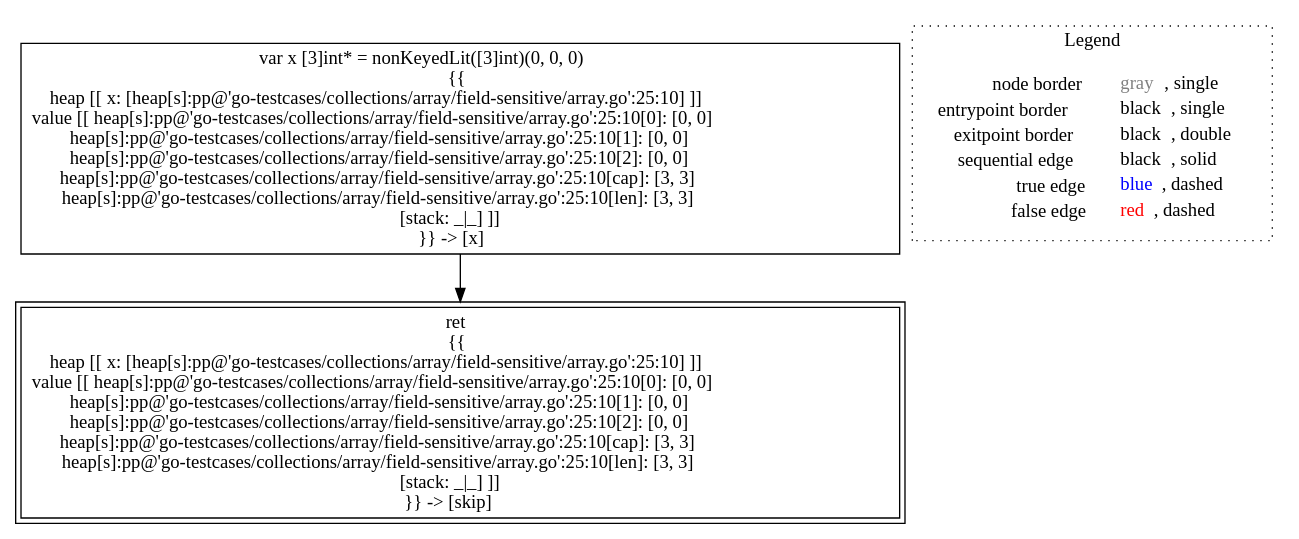
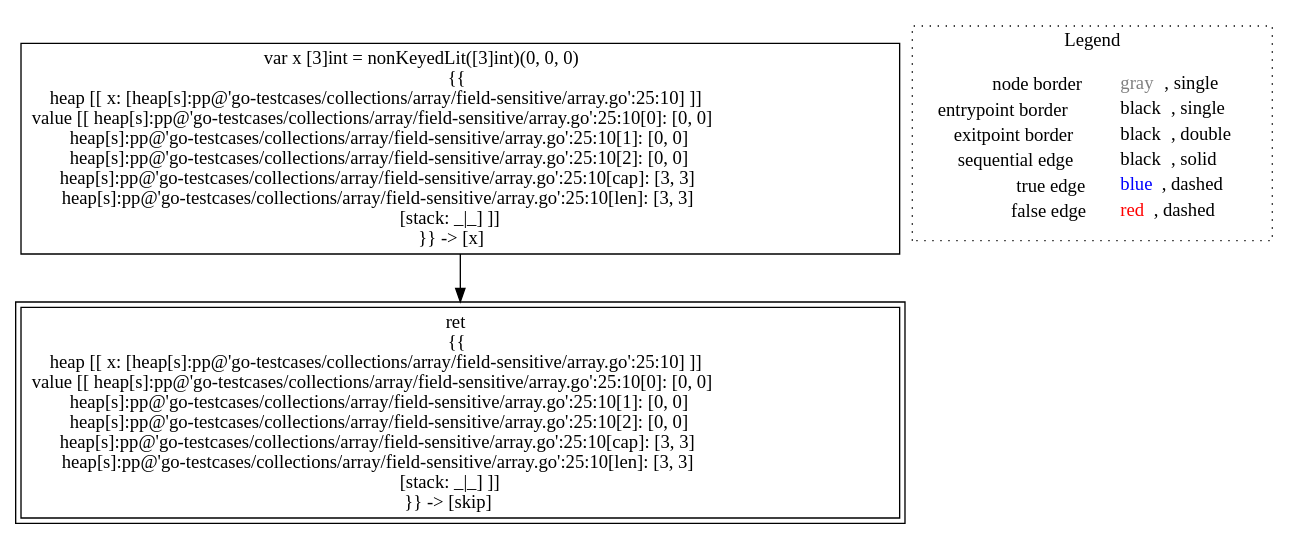
Before and after one commit to lisa-analyzer/go-lisa: the diagram in go-lisa/go-testcases/collections/array/field-sensitive/analysis___untyped_array.defaultArray().dot, drawn with Graphviz. The commit also changed 35 other files, not shown here.

Commit message:
Fix bug in GoPointBasedHeap (types of the fresh allocation sites). Fix and refactor tests on heaps and collections

```diff
--- a/go-lisa/go-testcases/collections/array/field-sensitive/analysis___untyped_array.defaultArray().dot
+++ b/go-lisa/go-testcases/collections/array/field-sensitive/analysis___untyped_array.defaultArray().dot
@@ -1,12 +1,12 @@
 digraph {
-	"node0" [shape="rect",color="black",label=<var x [3]int* = nonKeyedLit([3]int)(0, 0, 0)<BR/>{{<BR/>heap [[ x: [heap[s]:pp@'go-testcases/collections/array/field-sensitive/array.go':25:10] ]]<BR/>value [[ heap[s]:pp@'go-testcases/collections/array/field-sensitive/array.go':25:10[0]: [0, 0]<BR/>heap[s]:pp@'go-testcases/collections/array/field-sensitive/array.go':25:10[1]: [0, 0]<BR/>heap[s]:pp@'go-testcases/collections/array/field-sensitive/array.go':25:10[2]: [0, 0]<BR/>heap[s]:pp@'go-testcases/collections/array/field-sensitive/array.go':25:10[cap]: [3, 3]<BR/>heap[s]:pp@'go-testcases/collections/array/field-sensitive/array.go':25:10[len]: [3, 3]<BR/>[stack: _|_] ]]<BR/>}} -&gt; [x]>];
+	"node0" [shape="rect",color="black",label=<var x [3]int = nonKeyedLit([3]int)(0, 0, 0)<BR/>{{<BR/>heap [[ x: [heap[s]:pp@'go-testcases/collections/array/field-sensitive/array.go':25:10] ]]<BR/>value [[ heap[s]:pp@'go-testcases/collections/array/field-sensitive/array.go':25:10[0]: [0, 0]<BR/>heap[s]:pp@'go-testcases/collections/array/field-sensitive/array.go':25:10[1]: [0, 0]<BR/>heap[s]:pp@'go-testcases/collections/array/field-sensitive/array.go':25:10[2]: [0, 0]<BR/>heap[s]:pp@'go-testcases/collections/array/field-sensitive/array.go':25:10[cap]: [3, 3]<BR/>heap[s]:pp@'go-testcases/collections/array/field-sensitive/array.go':25:10[len]: [3, 3]<BR/>[stack: _|_] ]]<BR/>}} -&gt; [x]>];
 	"node1" [shape="rect",color="black",peripheries="2",label=<ret<BR/>{{<BR/>heap [[ x: [heap[s]:pp@'go-testcases/collections/array/field-sensitive/array.go':25:10] ]]<BR/>value [[ heap[s]:pp@'go-testcases/collections/array/field-sensitive/array.go':25:10[0]: [0, 0]<BR/>heap[s]:pp@'go-testcases/collections/array/field-sensitive/array.go':25:10[1]: [0, 0]<BR/>heap[s]:pp@'go-testcases/collections/array/field-sensitive/array.go':25:10[2]: [0, 0]<BR/>heap[s]:pp@'go-testcases/collections/array/field-sensitive/array.go':25:10[cap]: [3, 3]<BR/>heap[s]:pp@'go-testcases/collections/array/field-sensitive/array.go':25:10[len]: [3, 3]<BR/>[stack: _|_] ]]<BR/>}} -&gt; [skip]>];
 	"node0" -> "node1" [color="black"];
 subgraph cluster_legend {
 	label="Legend";
 	style=dotted;
 	node [shape=plaintext];
 	"legend" [label=<<table border="0" cellpadding="2" cellspacing="0" cellborder="0"><tr><td align="right">node border&nbsp;</td><td align="left"><font color="gray">gray</font>, single</td></tr><tr><td align="right">entrypoint border&nbsp;</td><td align="left"><font color="black">black</font>, single</td></tr><tr><td align="right">exitpoint border&nbsp;</td><td align="left"><font color="black">black</font>, double</td></tr><tr><td align="right">sequential edge&nbsp;</td><td align="left"><font color="black">black</font>, solid</td></tr><tr><td align="right">true edge&nbsp;</td><td align="left"><font color="blue">blue</font>, dashed</td></tr><tr><td align="right">false edge&nbsp;</td><td align="left"><font color="red">red</font>, dashed</td></tr></table>>];
 }
 
 }
```
